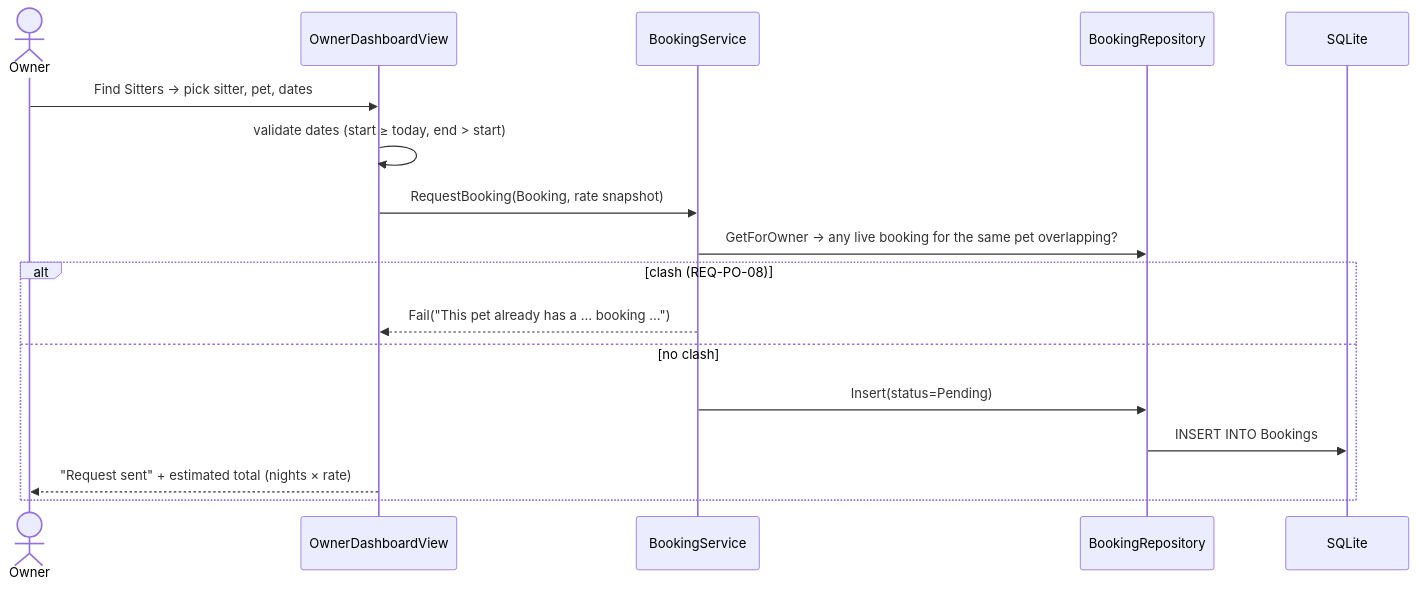
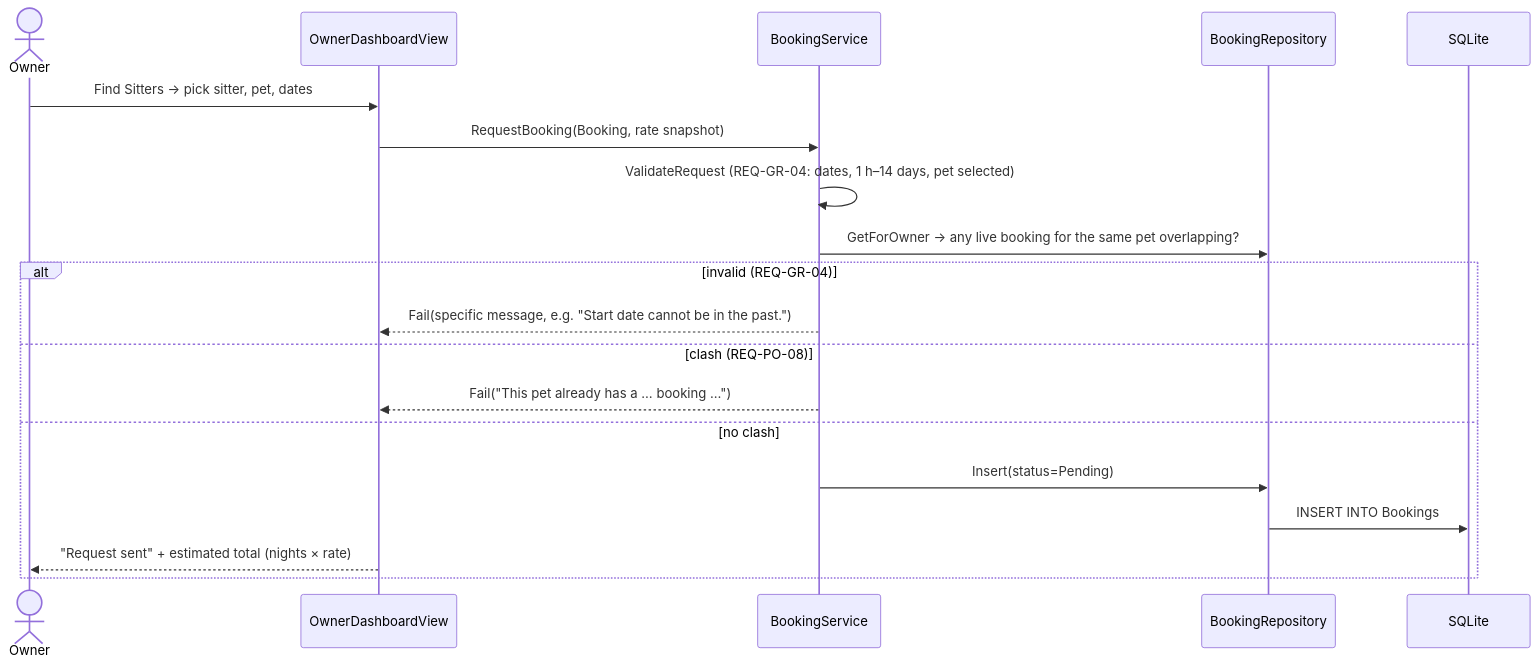
One commit to Misterdynamite/PetSitters changed the third of 3 diagrams in docs/Architecture.md. Above: the diagram before and after it, drawn with Mermaid. The commit also changed other lines of this file and 10 other files, not shown here.

Commit message:
Addressed REQ-GR-04: booking dates, duration and pet validated

````diff
--- a/docs/Architecture.md
+++ b/docs/Architecture.md
@@ -249,20 +249,22 @@
 ```mermaid
 sequenceDiagram
     actor Owner
     participant OD as OwnerDashboardView
     participant BS as BookingService
     participant BR as BookingRepository
     participant DB as SQLite
 
     Owner->>OD: Find Sitters → pick sitter, pet, dates
-    OD->>OD: validate dates (start ≥ today, end > start)
     OD->>BS: RequestBooking(Booking, rate snapshot)
+    BS->>BS: ValidateRequest (REQ-GR-04: dates, 1 h–14 days, pet selected)
     BS->>BR: GetForOwner → any live booking for the same pet overlapping?
-    alt clash (REQ-PO-08)
+    alt invalid (REQ-GR-04)
+        BS-->>OD: Fail(specific message, e.g. "Start date cannot be in the past.")
+    else clash (REQ-PO-08)
         BS-->>OD: Fail("This pet already has a … booking …")
     else no clash
         BS->>BR: Insert(status=Pending)
         BR->>DB: INSERT INTO Bookings
         OD-->>Owner: "Request sent" + estimated total (nights × rate)
     end
 ```
````
